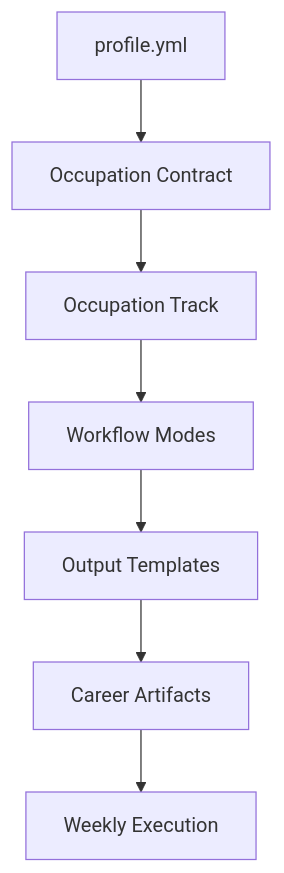
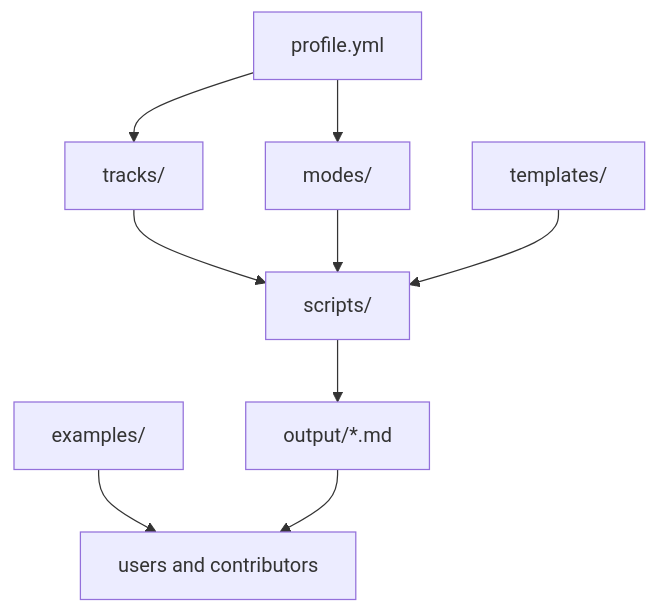
The diagram in docs/ARCHITECTURE.md (AnkitParekh007/occupation-ops), drawn with Mermaid before and after one commit. The commit also changed other lines of this file and 16 other files, not shown here.

Commit message:
Polish career-tech docs and examples

````diff
--- a/docs/ARCHITECTURE.md
+++ b/docs/ARCHITECTURE.md
@@ -7,9 +7,11 @@
 ```mermaid
 flowchart TD
-    Profile["profile.yml"] --> Contract["Occupation Contract"]
-    Contract --> Track["Occupation Track"]
-    Track --> Modes["Workflow Modes"]
-    Modes --> Templates["Output Templates"]
-    Templates --> Outputs["Career Artifacts"]
-    Outputs --> Weekly["Weekly Execution"]
+    Profile["profile.yml"] --> Tracks["tracks/"]
+    Profile --> Modes["modes/"]
+    Tracks --> Scripts["scripts/"]
+    Modes --> Scripts
+    Scripts --> Output["output/*.md"]
+    Templates["templates/"] --> Scripts
+    Examples["examples/"] --> Users["users and contributors"]
+    Output --> Users
 ```
````
